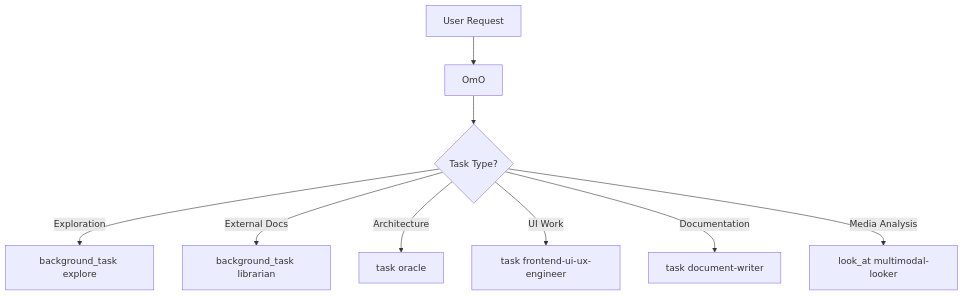
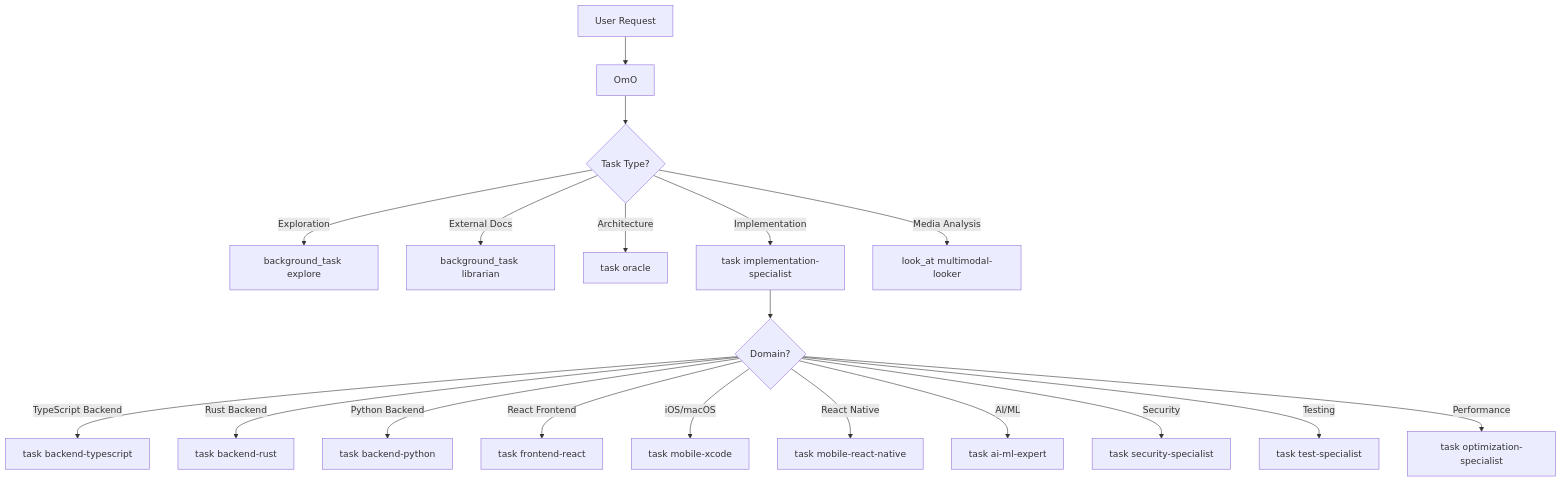
The diagram in docs/architecture/02-agent-system.md (code-yeongyu/oh-my-openagent), drawn with Mermaid before and after one commit. The commit also changed other lines of this file and 3 other files, not shown here.

````diff
--- a/docs/architecture/02-agent-system.md
+++ b/docs/architecture/02-agent-system.md
@@ -34,11 +87,21 @@
 ```mermaid
 flowchart TD
     A[User Request] --> B[OmO]
     B --> C{Task Type?}
     C -->|Exploration| D[background_task explore]
     C -->|External Docs| E[background_task librarian]
     C -->|Architecture| F[task oracle]
-    C -->|UI Work| G[task frontend-ui-ux-engineer]
-    C -->|Documentation| H[task document-writer]
-    C -->|Media Analysis| I[look_at multimodal-looker]
+    C -->|Implementation| G[task implementation-specialist]
+    G --> H{Domain?}
+    H -->|TypeScript Backend| I[task backend-typescript]
+    H -->|Rust Backend| J[task backend-rust]
+    H -->|Python Backend| K[task backend-python]
+    H -->|React Frontend| L[task frontend-react]
+    H -->|iOS/macOS| M[task mobile-xcode]
+    H -->|React Native| N[task mobile-react-native]
+    H -->|AI/ML| O[task ai-ml-expert]
+    H -->|Security| P[task security-specialist]
+    H -->|Testing| Q[task test-specialist]
+    H -->|Performance| R[task optimization-specialist]
+    C -->|Media Analysis| S[look_at multimodal-looker]
 ```
````
